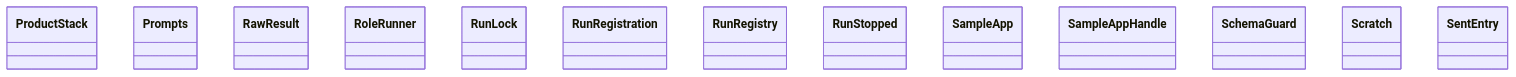
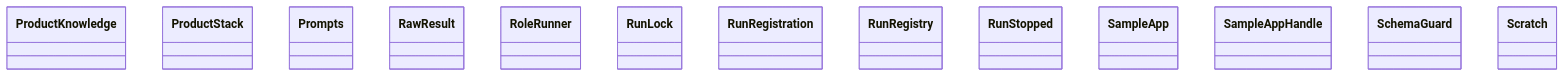
The diagram in docs/architecture/generated/classes-process-application-support-4.md (GonzaloZevallos/agentic-system), drawn with Mermaid before and after one commit. The commit also changed other lines of this file and 16 other files, not shown here.

````diff
--- a/docs/architecture/generated/classes-process-application-support-4.md
+++ b/docs/architecture/generated/classes-process-application-support-4.md
@@ -16,16 +16,16 @@
 ```mermaid
 classDiagram
+    class ports__ProductKnowledge["ProductKnowledge"]
     class ports__ProductStack["ProductStack"]
     class ports__Prompts["Prompts"]
     class ports__RawResult["RawResult"]
     class ports__RoleRunner["RoleRunner"]
     class ports__RunLock["RunLock"]
     class ports__RunRegistration["RunRegistration"]
     class ports__RunRegistry["RunRegistry"]
     class ports__RunStopped["RunStopped"]
     class ports__SampleApp["SampleApp"]
     class ports__SampleAppHandle["SampleAppHandle"]
     class ports__SchemaGuard["SchemaGuard"]
     class ports__Scratch["Scratch"]
-    class ports__SentEntry["SentEntry"]
 ```
````
